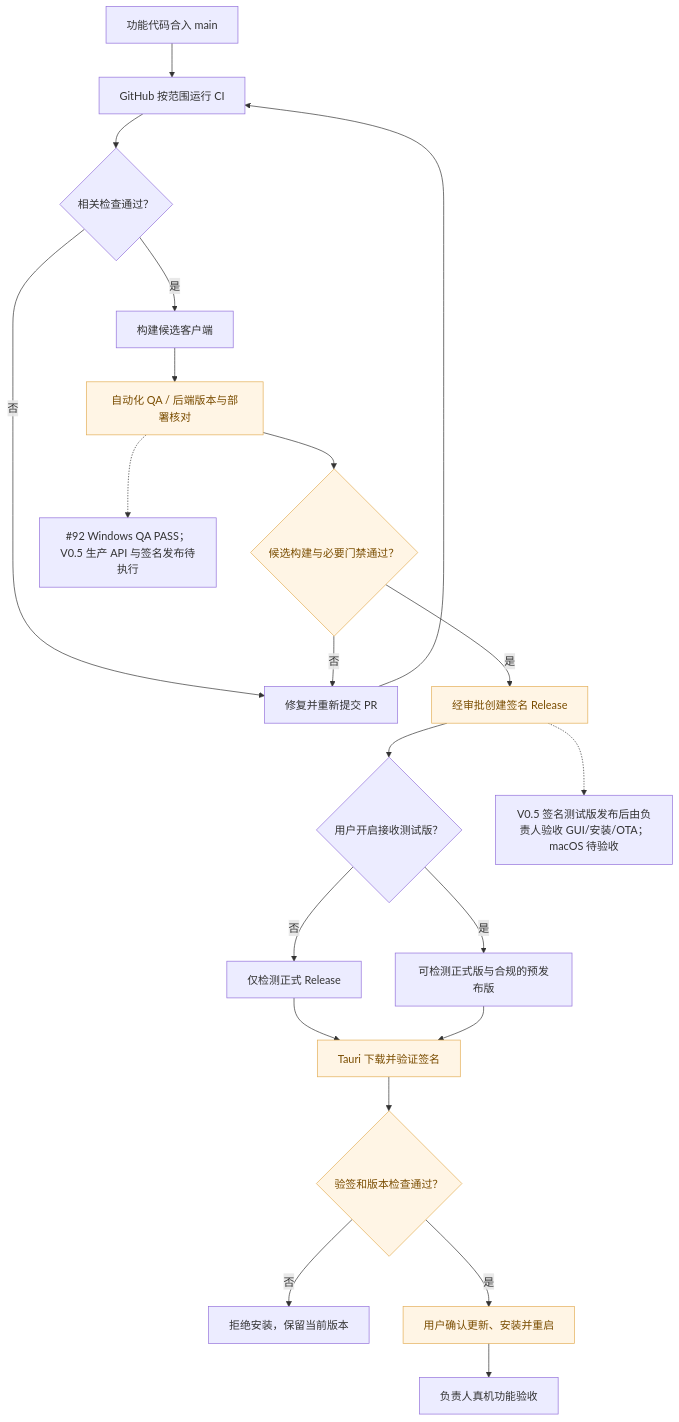
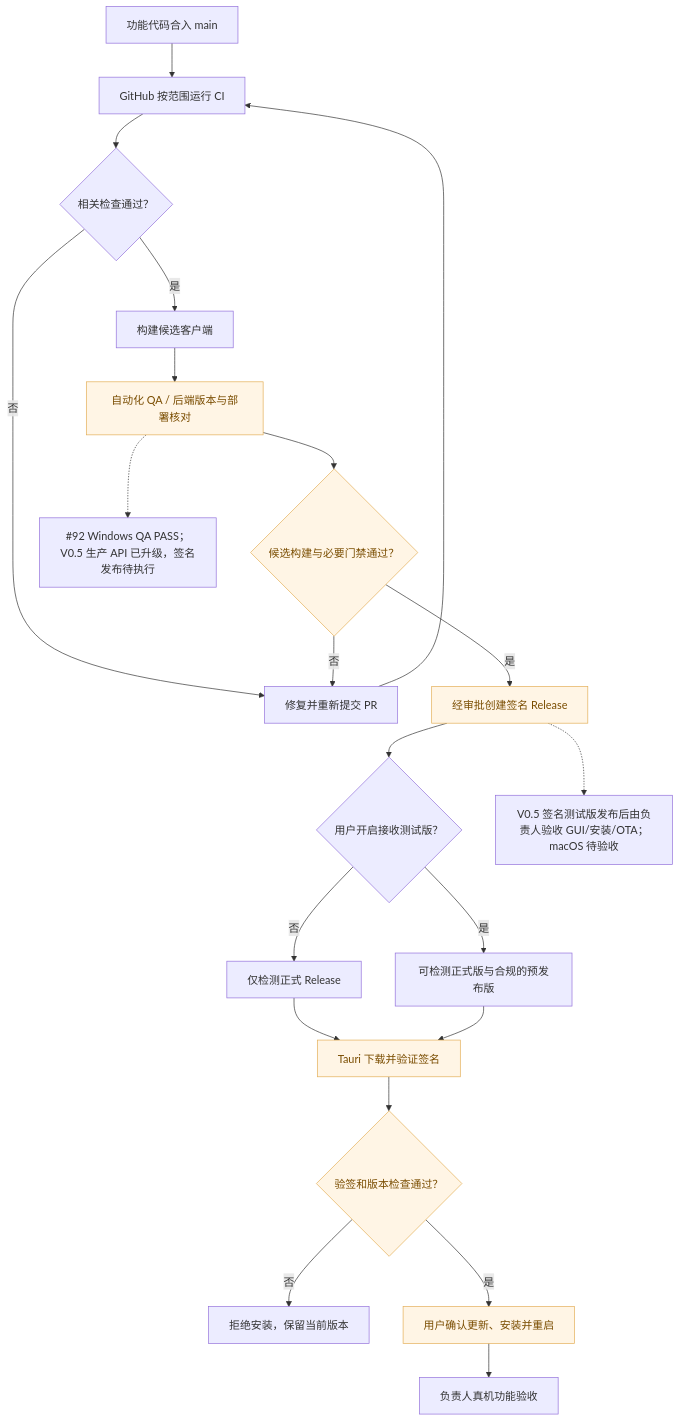
One commit to Fan6512/una-seller changed the ninth of 9 diagrams in docs/product/FEATURE-STATUS.md. Above: the diagram before and after it, drawn with Mermaid. The commit also changed other lines of this file, not shown here.

Commit message:
docs(status): record V0.5 production API deployment acceptance

```diff
--- a/docs/product/FEATURE-STATUS.md
+++ b/docs/product/FEATURE-STATUS.md
@@ -384,27 +385,27 @@
 ~~~mermaid
 flowchart TD
     A["功能代码合入 main"] --> B["GitHub 按范围运行 CI"]
     B --> C{"相关检查通过？"}
     C -->|否| D["修复并重新提交 PR"]
     D --> B
     C -->|是| E["构建候选客户端"]
     E --> F["自动化 QA / 后端版本与部署核对"]
     F --> G{"候选构建与必要门禁通过？"}
     G -->|否| D
     G -->|是| H["经审批创建签名 Release"]
     H --> I{"用户开启接收测试版？"}
     I -->|否| J["仅检测正式 Release"]
     I -->|是| K["可检测正式版与合规的预发布版"]
     J --> L["Tauri 下载并验证签名"]
     K --> L
     L --> M{"验签和版本检查通过？"}
     M -->|否| N["拒绝安装，保留当前版本"]
     M -->|是| O["用户确认更新、安装并重启"]
 
-    F -.-> P["#92 Windows QA PASS；V0.5 生产 API 与签名发布待执行"]
+    F -.-> P["#92 Windows QA PASS；V0.5 生产 API 已升级，签名发布待执行"]
     H -.-> Q["V0.5 签名测试版发布后由负责人验收 GUI/安装/OTA；macOS 待验收"]
     O --> R["负责人真机功能验收"]
 
     classDef verify fill:#fff5e5,color:#7a4d00,stroke:#e3ae56
     class F,G,H,L,M,O verify
 ~~~
```
